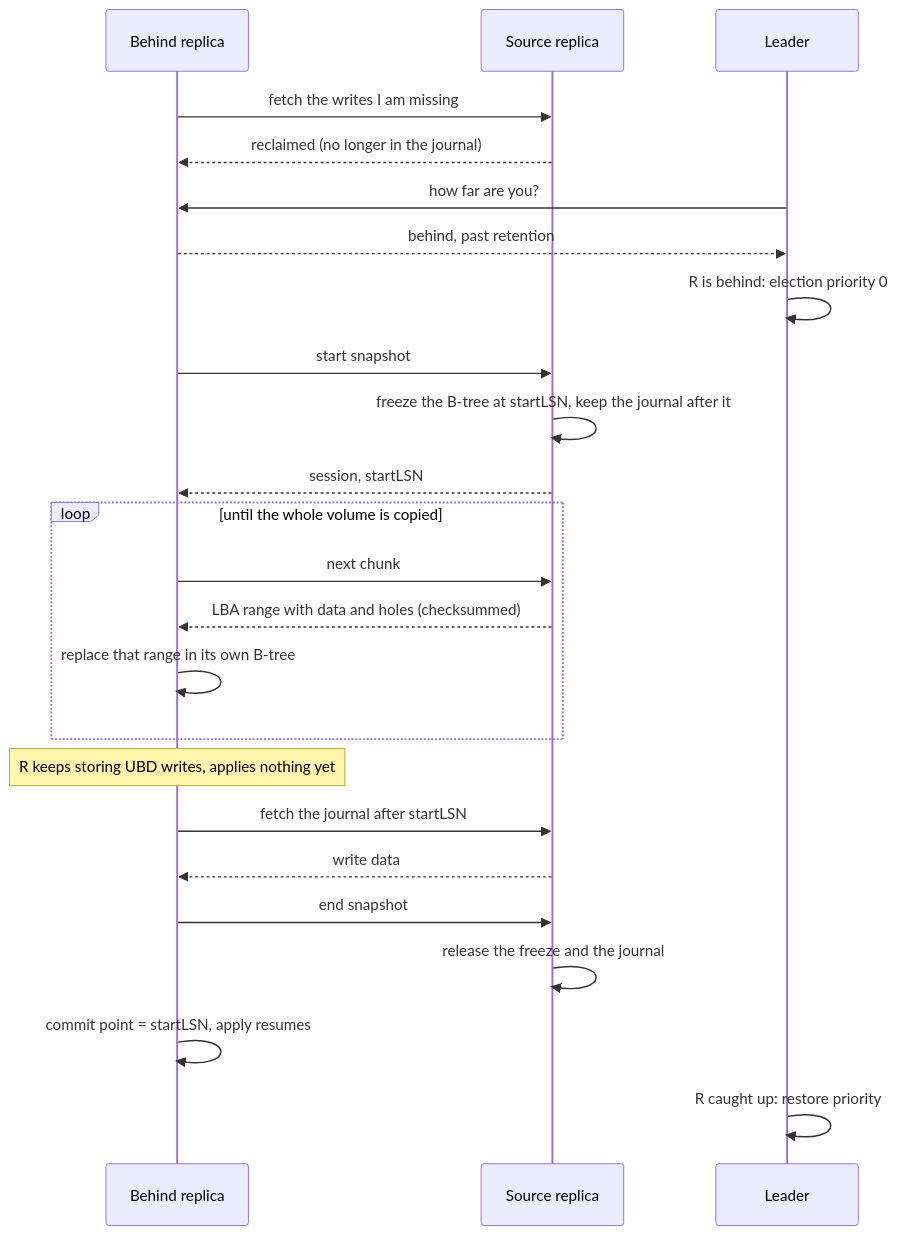
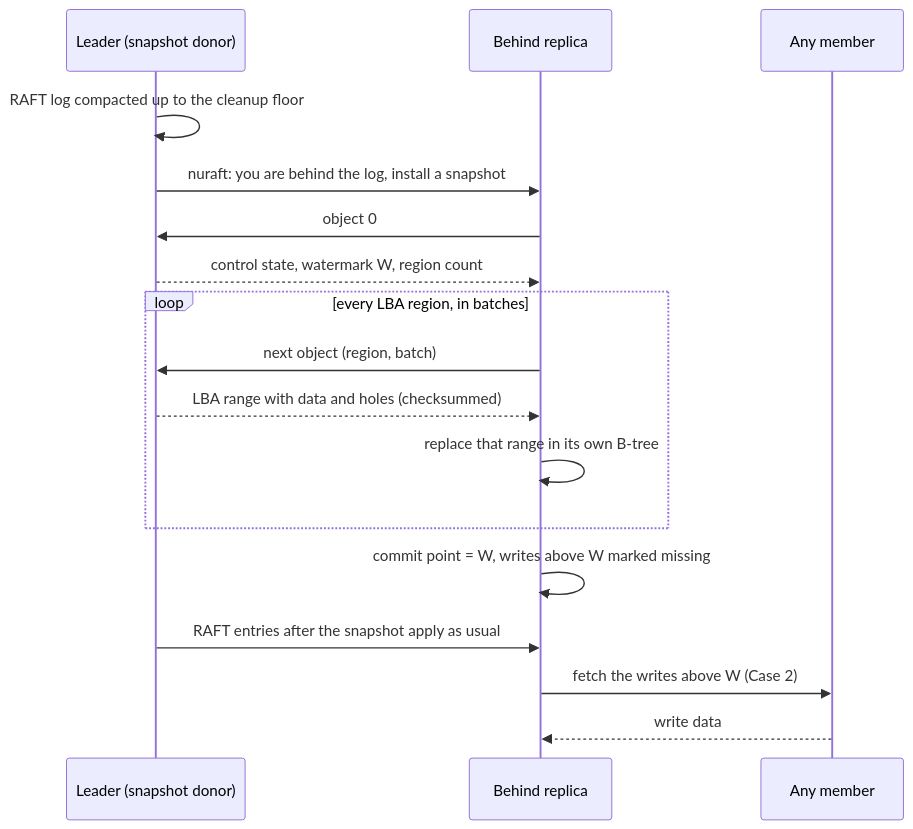
Before and after one commit to eBay/HomeBlocks: the sixth of 9 diagrams in docs/craft/resync.md, drawn with Mermaid. The commit also changed other lines of this file and 3 other files, not shown here.

First line of the commit message:
docs/craft: snapshots go through nuraft, modeled on HomeObject

````diff
--- a/docs/craft/resync.md
+++ b/docs/craft/resync.md
@@ -352,26 +352,19 @@
 ```mermaid
 sequenceDiagram
+    participant L as Leader (snapshot donor)
     participant R as Behind replica
-    participant S as Source replica
-    participant L as Leader
-    R->>S: fetch the writes I am missing
-    S-->>R: reclaimed (no longer in the journal)
-    L->>R: how far are you?
-    R-->>L: behind, past retention
-    L->>L: R is behind: election priority 0
-    R->>S: start snapshot
-    S->>S: freeze the B-tree at startLSN, keep the journal after it
-    S-->>R: session, startLSN
-    loop until the whole volume is copied
-        R->>S: next chunk
-        S-->>R: LBA range with data and holes (checksummed)
+    participant P as Any member
+    L->>L: RAFT log compacted up to the cleanup floor
+    L->>R: nuraft: you are behind the log, install a snapshot
+    R->>L: object 0
+    L-->>R: control state, watermark W, region count
+    loop every LBA region, in batches
+        R->>L: next object (region, batch)
+        L-->>R: LBA range with data and holes (checksummed)
         R->>R: replace that range in its own B-tree
     end
-    Note over R: R keeps storing UBD writes, applies nothing yet
-    R->>S: fetch the journal after startLSN
-    S-->>R: write data
-    R->>S: end snapshot
-    S->>S: release the freeze and the journal
-    R->>R: commit point = startLSN, apply resumes
-    L->>L: R caught up: restore priority
+    R->>R: commit point = W, writes above W marked missing
+    L->>R: RAFT entries after the snapshot apply as usual
+    R->>P: fetch the writes above W (Case 2)
+    P-->>R: write data
 ```
````
